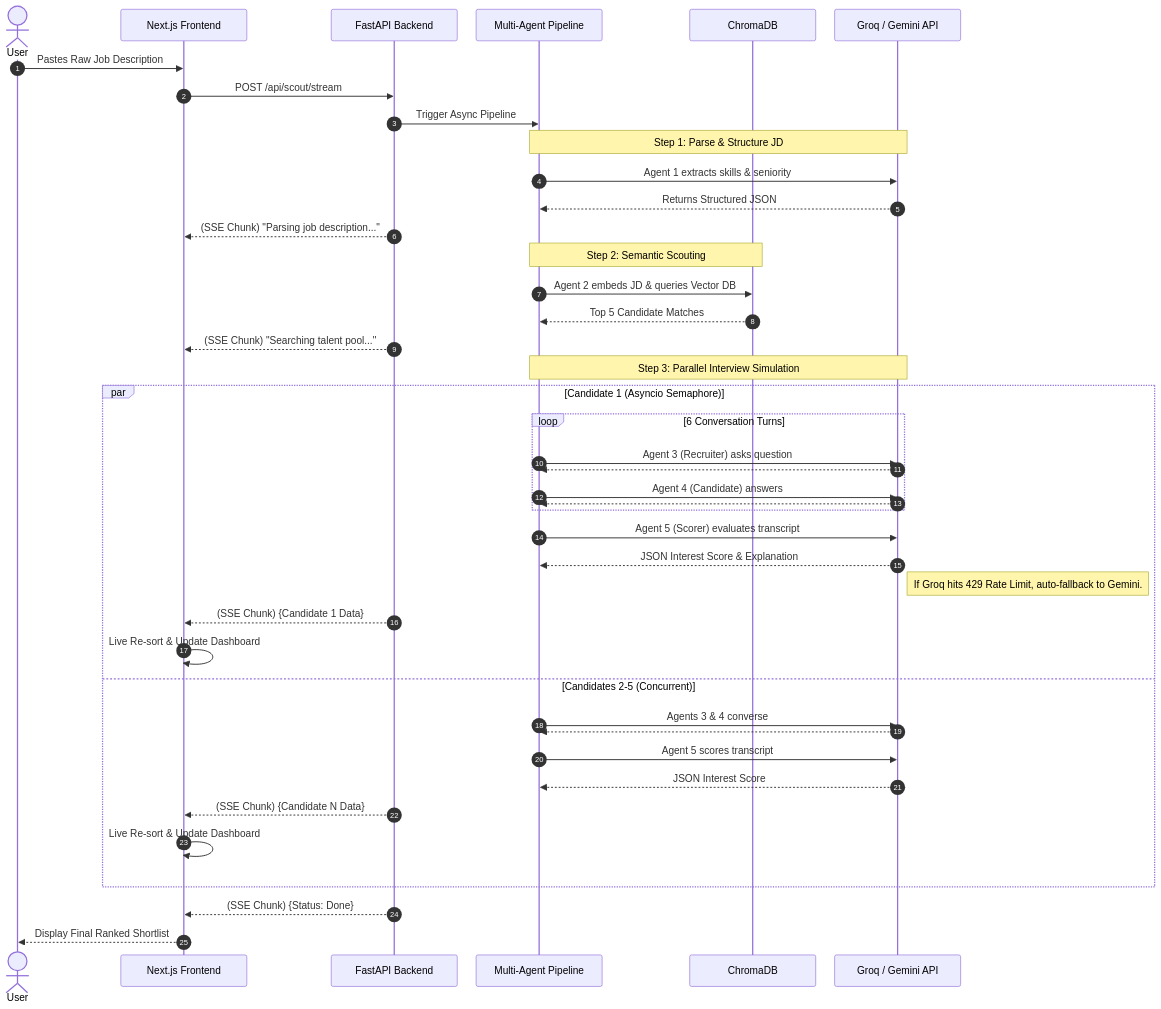
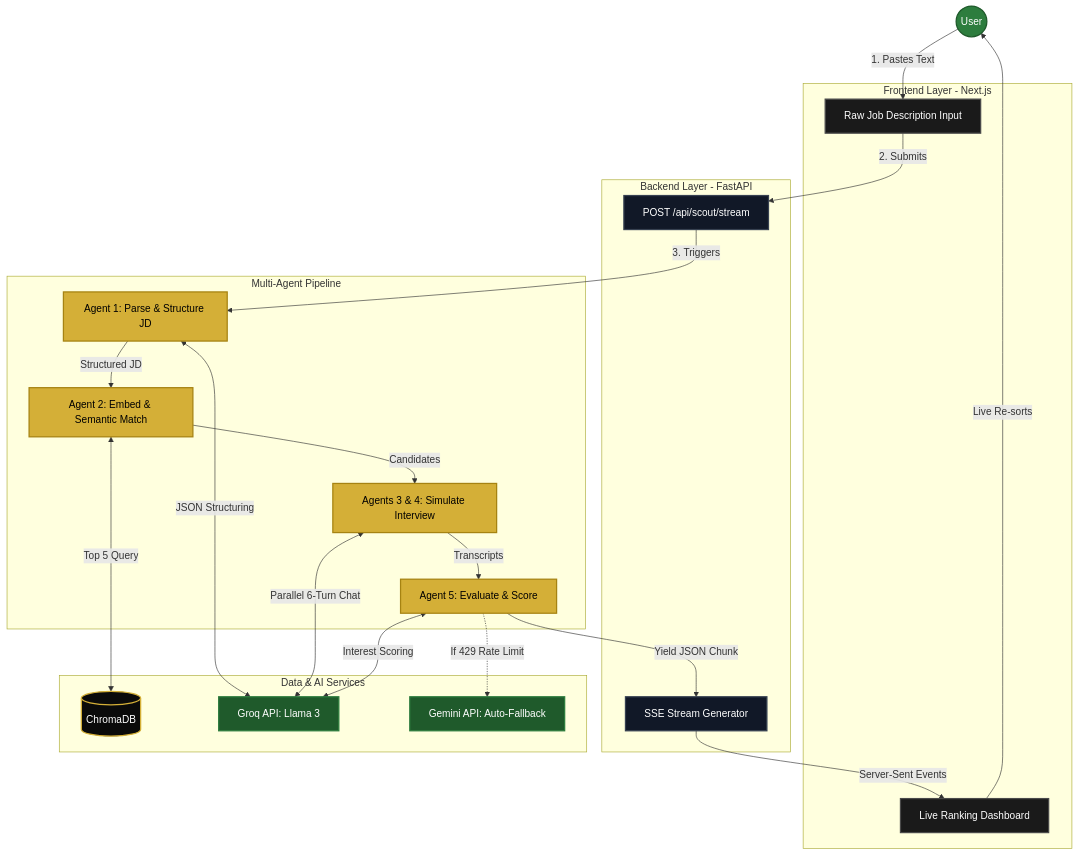
Before and after one commit to Tejayadagani/TalentHunt: the diagram in ARCHITECTURE.md, drawn with Mermaid.

Commit message:
docs: completely rewrite architecture diagram as a highly styled flowchart

````diff
--- a/ARCHITECTURE.md
+++ b/ARCHITECTURE.md
@@ -7,54 +7,56 @@
 ```mermaid
-%%{init: { 'sequence': { 'actorMargin': 30, 'width': 200, 'height': 50, 'messageMargin': 40 } } }%%
-sequenceDiagram
-    autonumber
-    actor User
-    participant UI as Next.js Frontend
-    participant API as FastAPI Backend
-    participant Agents as Multi-Agent Pipeline
-    participant DB as ChromaDB
-    participant LLM as Groq / Gemini API
+flowchart TD
+    %% Define Theme Colors for perfect Dark/Light Mode Contrast
+    classDef user fill:#2D7D3E,stroke:#1F5A2B,stroke-width:2px,color:#fff
+    classDef frontend fill:#1A1A1A,stroke:#4A4A4A,stroke-width:2px,color:#fff
+    classDef backend fill:#111827,stroke:#374151,stroke-width:2px,color:#fff
+    classDef agent fill:#D4AF37,stroke:#A68312,stroke-width:2px,color:#000
+    classDef db fill:#0A0A0A,stroke:#D4AF37,stroke-width:2px,color:#fff
+    classDef external fill:#1F5A2B,stroke:#2D7D3E,stroke-width:2px,color:#fff
 
-    User->>UI: Pastes Raw Job Description
-    UI->>API: POST /api/scout/stream
-    
-    API->>Agents: Trigger Async Pipeline
-    
-    %% Step 1
-    Note over Agents,LLM: Step 1: Parse & Structure JD
-    Agents->>LLM: Agent 1 extracts skills & seniority
-    LLM-->>Agents: Returns Structured JSON
-    API-->>UI: (SSE Chunk) "Parsing job description..."
-    
-    %% Step 2
-    Note over Agents,DB: Step 2: Semantic Scouting
-    Agents->>DB: Agent 2 embeds JD & queries Vector DB
-    DB-->>Agents: Top 5 Candidate Matches
-    API-->>UI: (SSE Chunk) "Searching talent pool..."
-    
-    %% Step 3
-    Note over Agents,LLM: Step 3: Parallel Interview Simulation
-    par Candidate 1 (Asyncio Semaphore)
-        loop 6 Conversation Turns
-            Agents->>LLM: Agent 3 (Recruiter) asks question
-            LLM-->>Agents: 
-            Agents->>LLM: Agent 4 (Candidate) answers
-            LLM-->>Agents: 
-        end
-        Agents->>LLM: Agent 5 (Scorer) evaluates transcript
-        LLM-->>Agents: JSON Interest Score & Explanation
-        Note right of LLM: If Groq hits 429 Rate Limit, auto-fallback to Gemini.
-        API-->>UI: (SSE Chunk) {Candidate 1 Data}
-        UI->>UI: Live Re-sort & Update Dashboard
-    and Candidates 2-5 (Concurrent)
-        Agents->>LLM: Agents 3 & 4 converse
-        LLM-->>Agents: 
-        Agents->>LLM: Agent 5 scores transcript
-        LLM-->>Agents: JSON Interest Score
-        API-->>UI: (SSE Chunk) {Candidate N Data}
-        UI->>UI: Live Re-sort & Update Dashboard
+    User((User)):::user
+
+    subgraph Client [Frontend Layer - Next.js]
+        Input[Raw Job Description Input]:::frontend
+        Dashboard[Live Ranking Dashboard]:::frontend
     end
 
-    API-->>UI: (SSE Chunk) {Status: Done}
-    UI-->>User: Display Final Ranked Shortlist
+    subgraph Server [Backend Layer - FastAPI]
+        Endpoint[POST /api/scout/stream]:::backend
+        SSE[SSE Stream Generator]:::backend
+    end
+
+    subgraph Pipeline [Multi-Agent Pipeline]
+        A1[Agent 1: Parse & Structure JD]:::agent
+        A2[Agent 2: Embed & Semantic Match]:::agent
+        A3[Agents 3 & 4: Simulate Interview]:::agent
+        A5[Agent 5: Evaluate & Score]:::agent
+    end
+
+    subgraph Data [Data & AI Services]
+        Chroma[(ChromaDB)]:::db
+        Groq[Groq API: Llama 3]:::external
+        Gemini[Gemini API: Auto-Fallback]:::external
+    end
+
+    %% Step-by-Step Flow
+    User -->|1. Pastes Text| Input
+    Input -->|2. Submits| Endpoint
+    Endpoint -->|3. Triggers| A1
+
+    A1 <-->|JSON Structuring| Groq
+    A1 -->|Structured JD| A2
+
+    A2 <-->|Top 5 Query| Chroma
+    A2 -->|Candidates| A3
+
+    A3 <-->|Parallel 6-Turn Chat| Groq
+    A3 -->|Transcripts| A5
+
+    A5 <-->|Interest Scoring| Groq
+    A5 -.->|If 429 Rate Limit| Gemini
+    
+    A5 -->|Yield JSON Chunk| SSE
+    SSE -->|Server-Sent Events| Dashboard
+    Dashboard -->|Live Re-sorts| User
 ```
````
